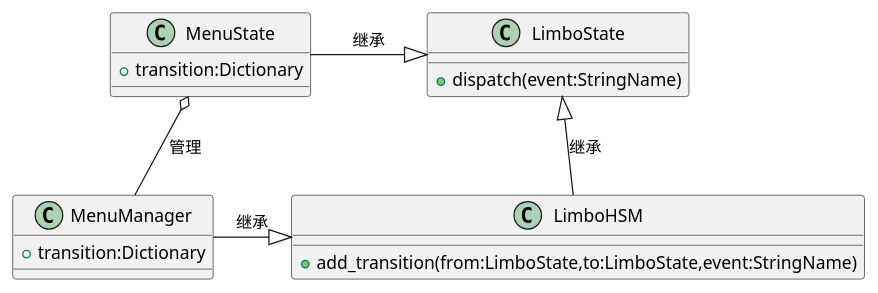
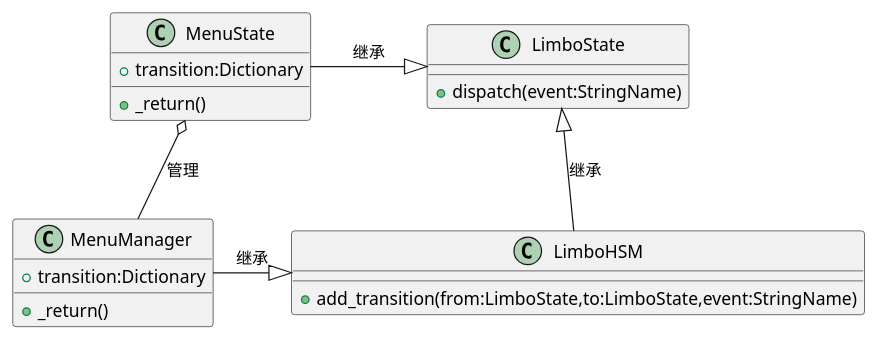
Before and after one commit to minkieyume/nightcat-srpg: the diagram in 程序架构/menu_manager.org, drawn with PlantUML. The commit also changed 1 other file, not shown here.

Commit message:
添加_return()

```diff
--- a/程序架构/menu_manager.org
+++ b/程序架构/menu_manager.org
@@ -7,18 +7,20 @@
 #+begin_src plantuml :file menu_manager_struct.png
 class LimboHSM{
 + add_transition(from:LimboState,to:LimboState,event:StringName)
 }
 class LimboState{
 + dispatch(event:StringName)
 }
 class MenuManager{
 + transition:Dictionary
++ _return()
 }
 class MenuState{
 + transition:Dictionary
++ _return()
 }
 LimboHSM -up-|> LimboState : 继承
 MenuManager -right-|> LimboHSM : 继承
 MenuState -right-|> LimboState : 继承
 MenuState o-- MenuManager : 管理
 #+end_src
```
